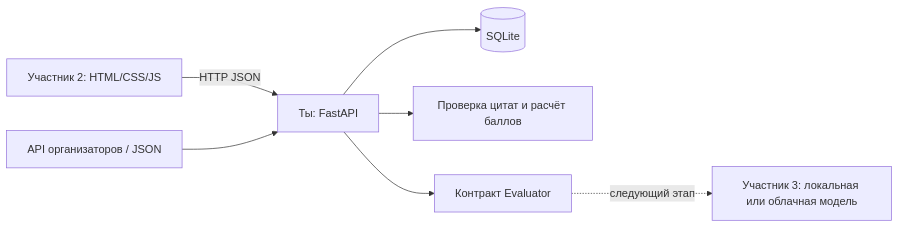
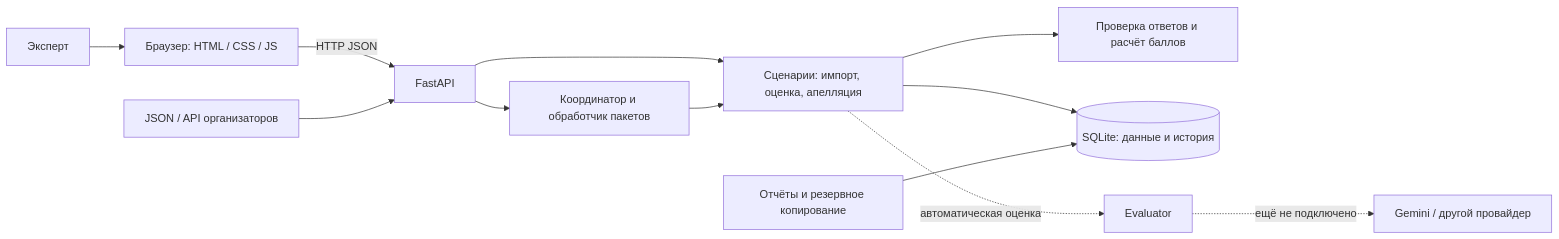
One commit to 8zellorr8/data_ch changed the diagram in README.md. Above: the diagram before and after it, drawn with Mermaid. The commit also changed other lines of this file and 1 other file, not shown here.

````diff
--- a/README.md
+++ b/README.md
@@ -71,9 +86,14 @@
 ```mermaid
 flowchart LR
-    F[Участник 2: HTML/CSS/JS] -->|HTTP JSON| B[Ты: FastAPI]
-    O[API организаторов / JSON] --> B
-    B --> S[(SQLite)]
-    B --> V[Проверка цитат и расчёт баллов]
-    B --> E[Контракт Evaluator]
-    E -. следующий этап .-> M[Участник 3: локальная или облачная модель]
+    User[Эксперт] --> UI[Браузер: HTML / CSS / JS]
+    UI -->|HTTP JSON| API[FastAPI]
+    Data[JSON / API организаторов] --> API
+    API --> Services[Сценарии: импорт, оценка, апелляция]
+    Services --> Rules[Проверка ответов и расчёт баллов]
+    Services --> DB[(SQLite: данные и история)]
+    API --> Jobs[Координатор и обработчик пакетов]
+    Jobs --> Services
+    Services -. автоматическая оценка .-> Adapter[Evaluator]
+    Adapter -. ещё не подключено .-> AI[Gemini / другой провайдер]
+    CLI[Отчёты и резервное копирование] --> DB
 ```
````
